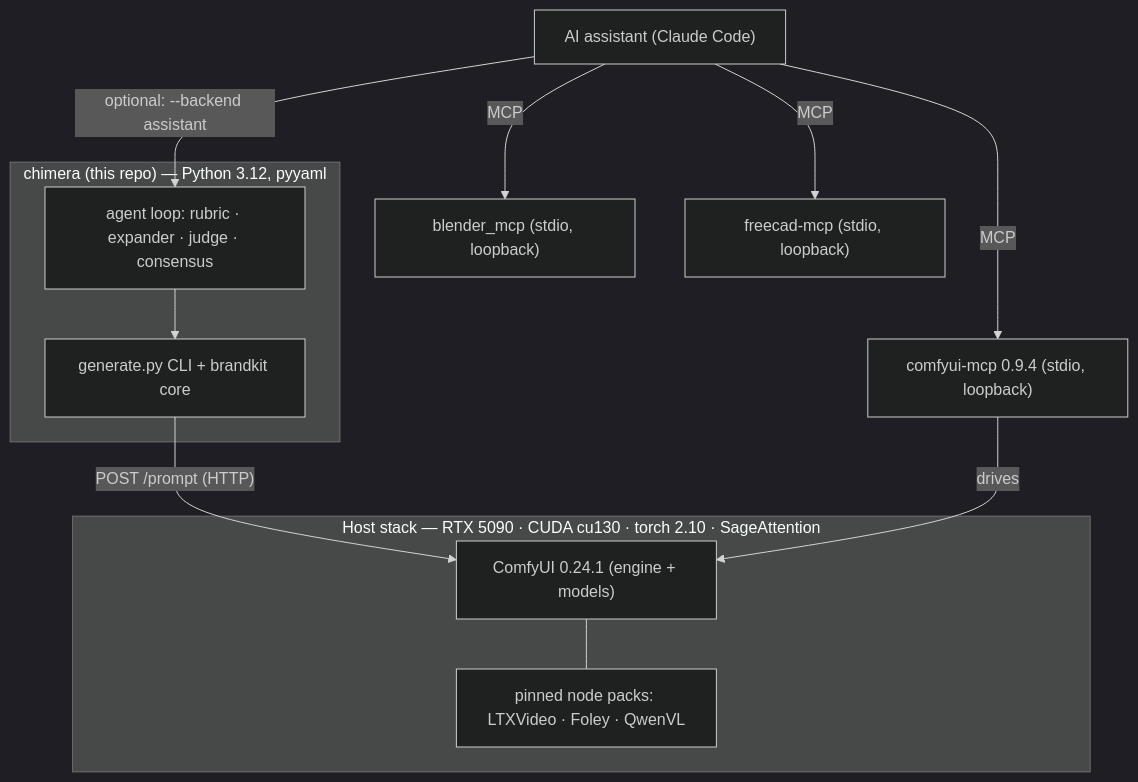
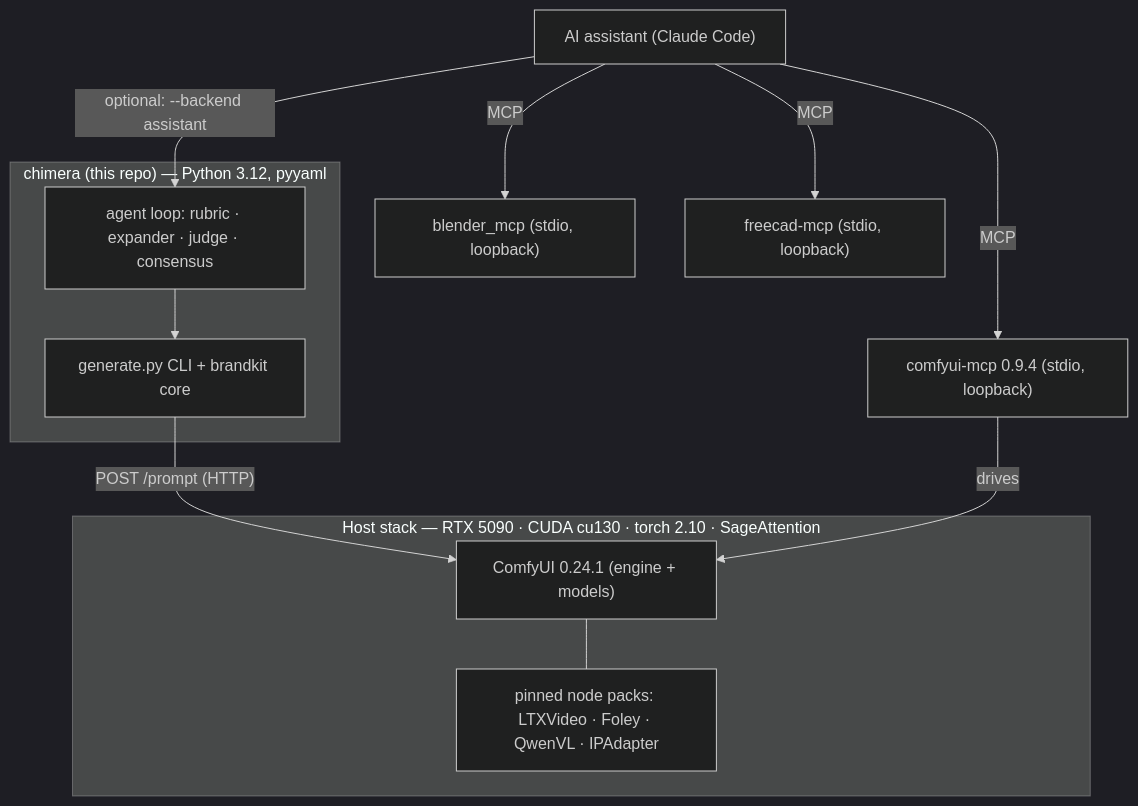
The diagram in docs/STACK.md (whartons/Chimera), drawn with Mermaid (dark theme) before and after one commit. The commit also changed other lines of this file and 6 other files, not shown here.

First line of the commit message:
docs: deep-dive refresh — reframe to the full hub + clear stale roadmap claims (471 tests)

````diff
--- a/docs/STACK.md
+++ b/docs/STACK.md
@@ -12,22 +12,22 @@
 ```mermaid
 flowchart TD
     subgraph host["Host stack — RTX 5090 · CUDA cu130 · torch 2.10 · SageAttention"]
         comfy["ComfyUI 0.24.1 (engine + models)"]
-        packs["pinned node packs: LTXVideo · Foley · QwenVL"]
+        packs["pinned node packs: LTXVideo · Foley · QwenVL · IPAdapter"]
         comfy --- packs
     end
     subgraph chimera["chimera (this repo) — Python 3.12, pyyaml"]
         cli["generate.py CLI + brandkit core"]
         agent["agent loop: rubric · expander · judge · consensus"]
     end
     mcp["comfyui-mcp 0.9.4 (stdio, loopback)"]
     cli -->|"POST /prompt (HTTP)"| comfy
     agent --> cli
     mcp -->|drives| comfy
     assistant["AI assistant (Claude Code)"] -->|MCP| mcp
     blender["blender_mcp (stdio, loopback)"]
     freecad["freecad-mcp (stdio, loopback)"]
     assistant -->|MCP| blender
     assistant -->|MCP| freecad
     assistant -->|"optional: --backend assistant"| agent
 ```
````
